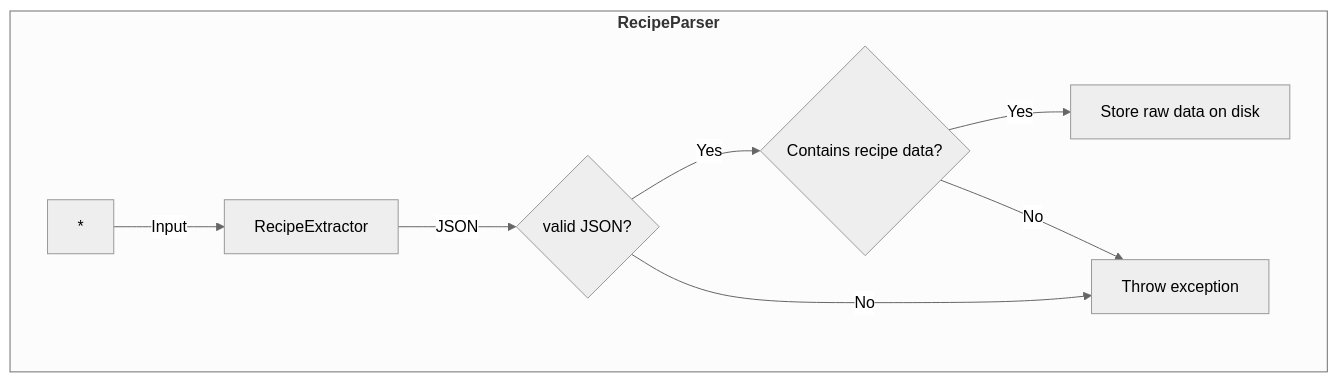
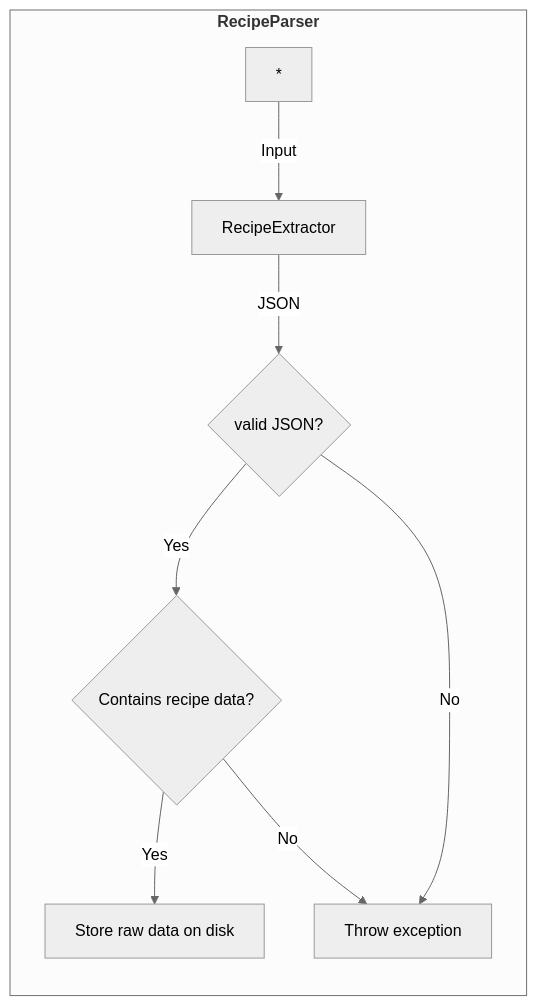
One commit to seyfeb/recipe-import-mapping-pipeline changed the first of 3 diagrams in README.md. Above: the diagram before and after it, drawn with Mermaid (neutral theme). The commit also changed other lines of this file, not shown here.

Commit message:
docs(README): Add flow charts for mapper and recipe JSON parsing

````diff
--- a/README.md
+++ b/README.md
@@ -23,11 +25,11 @@
 ```mermaid
-flowchart TD
+flowchart LR
     subgraph "`**RecipeParser**`"
         * -->|Input|B[RecipeExtractor]
         B -->|JSON|C{valid JSON?}
         C -->|Yes| D{Contains recipe data?}
         D -->|Yes| F[Store raw data on disk]
         C -->|No| E[Throw exception]
         D -->|No| E
     end
 ```
````
